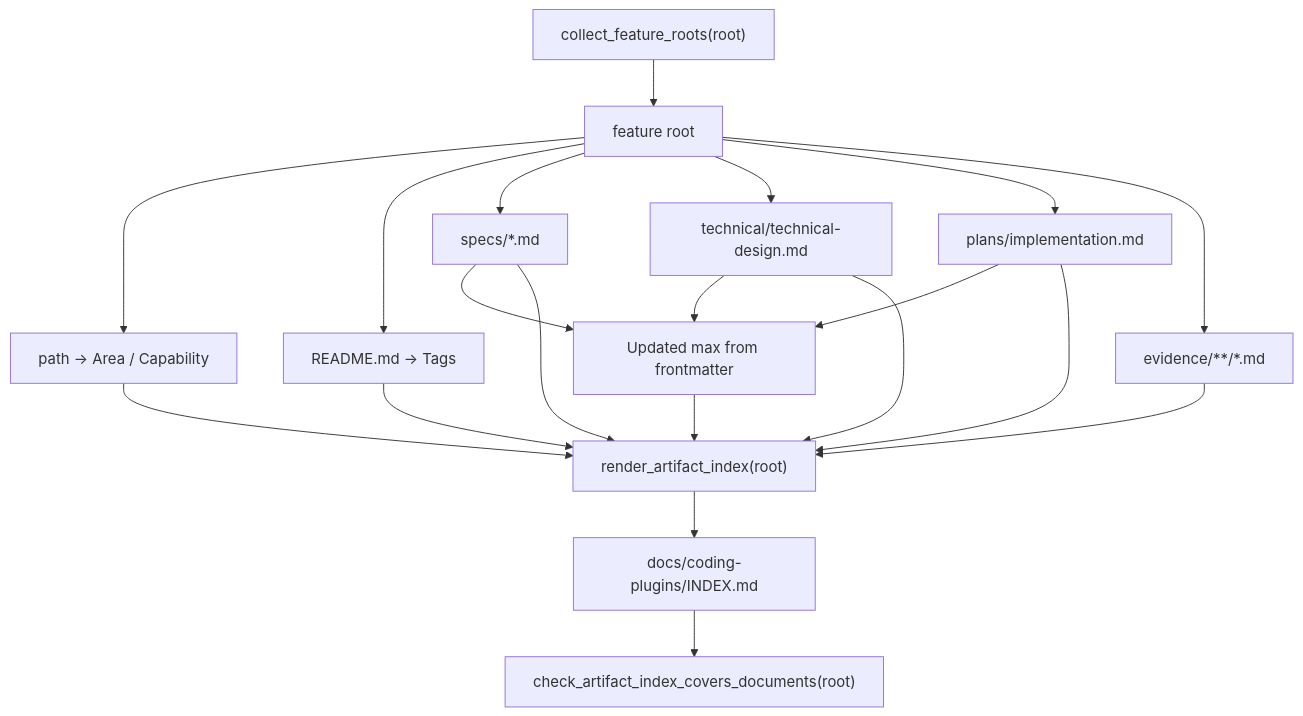
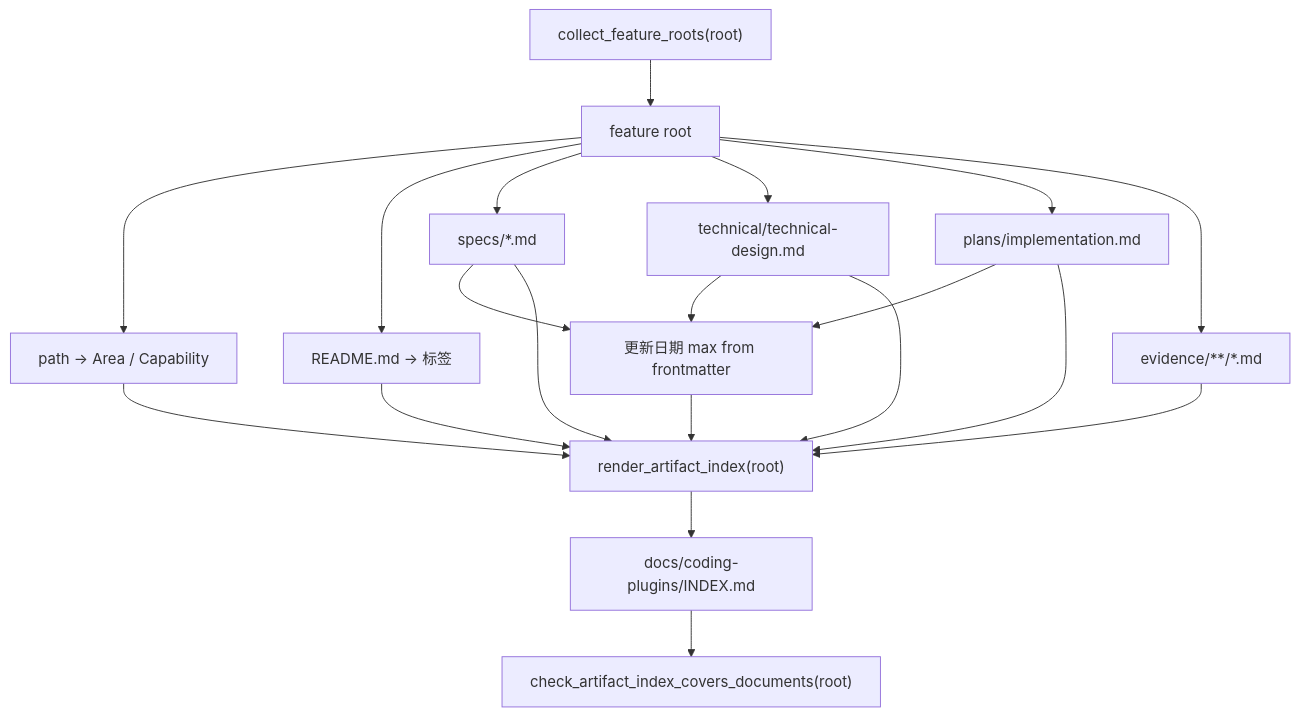
Before and after one commit to Vincen-dev/coding-plugins: the diagram in docs/coding-plugins/features/plugin/artifact-index/technical/technical-design.md, drawn with Mermaid. The commit also changed other lines of this file and 87 other files, not shown here.

````diff
--- a/docs/coding-plugins/features/plugin/artifact-index/technical/technical-design.md
+++ b/docs/coding-plugins/features/plugin/artifact-index/technical/technical-design.md
@@ -86,22 +86,22 @@
 ```mermaid
 flowchart TD
   A["collect_feature_roots(root)"] --> B["feature root"]
   B --> C["path -> Area / Capability"]
-  B --> D["README.md -> Tags"]
+  B --> D["README.md -> 标签"]
   B --> E["specs/*.md"]
   B --> F["technical/technical-design.md"]
   B --> G["plans/implementation.md"]
   B --> H["evidence/**/*.md"]
-  E --> I["Updated max from frontmatter"]
+  E --> I["更新日期 max from frontmatter"]
   F --> I
   G --> I
   C --> J["render_artifact_index(root)"]
   D --> J
   E --> J
   F --> J
   G --> J
   H --> J
   I --> J
   J --> K["docs/coding-plugins/INDEX.md"]
   K --> L["check_artifact_index_covers_documents(root)"]
 ```
````
